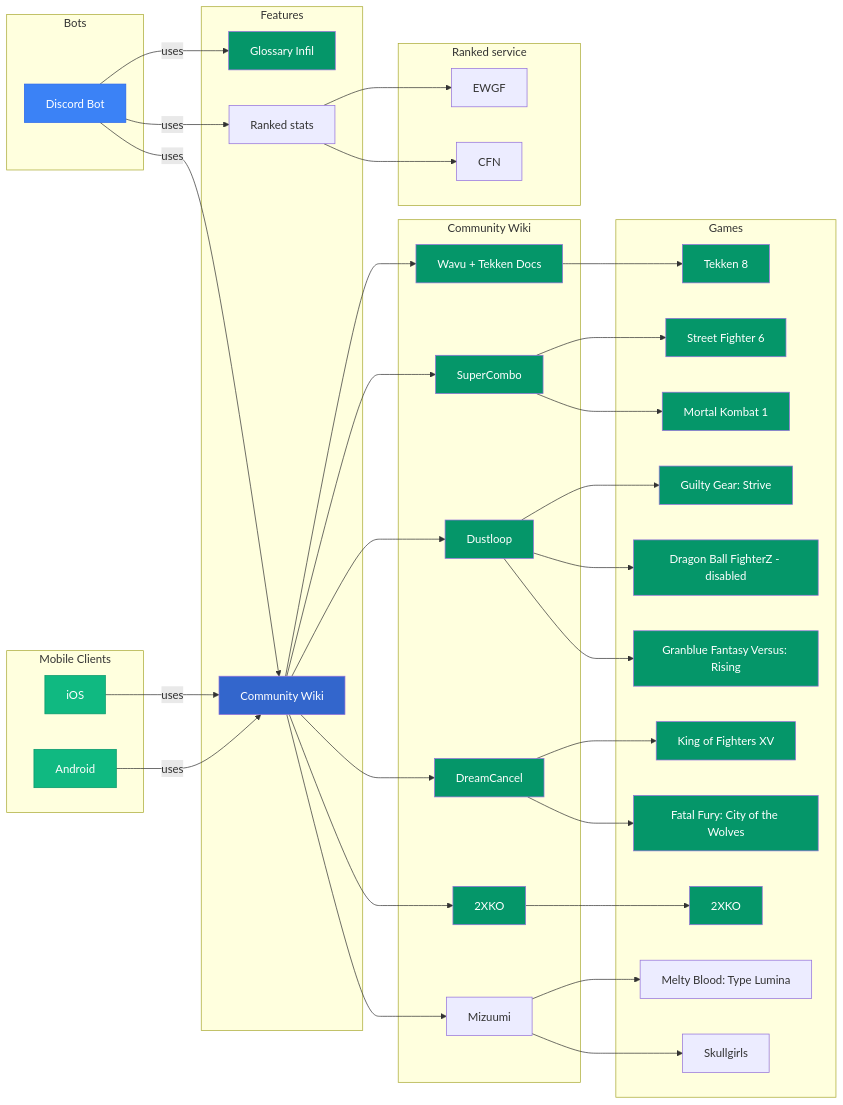
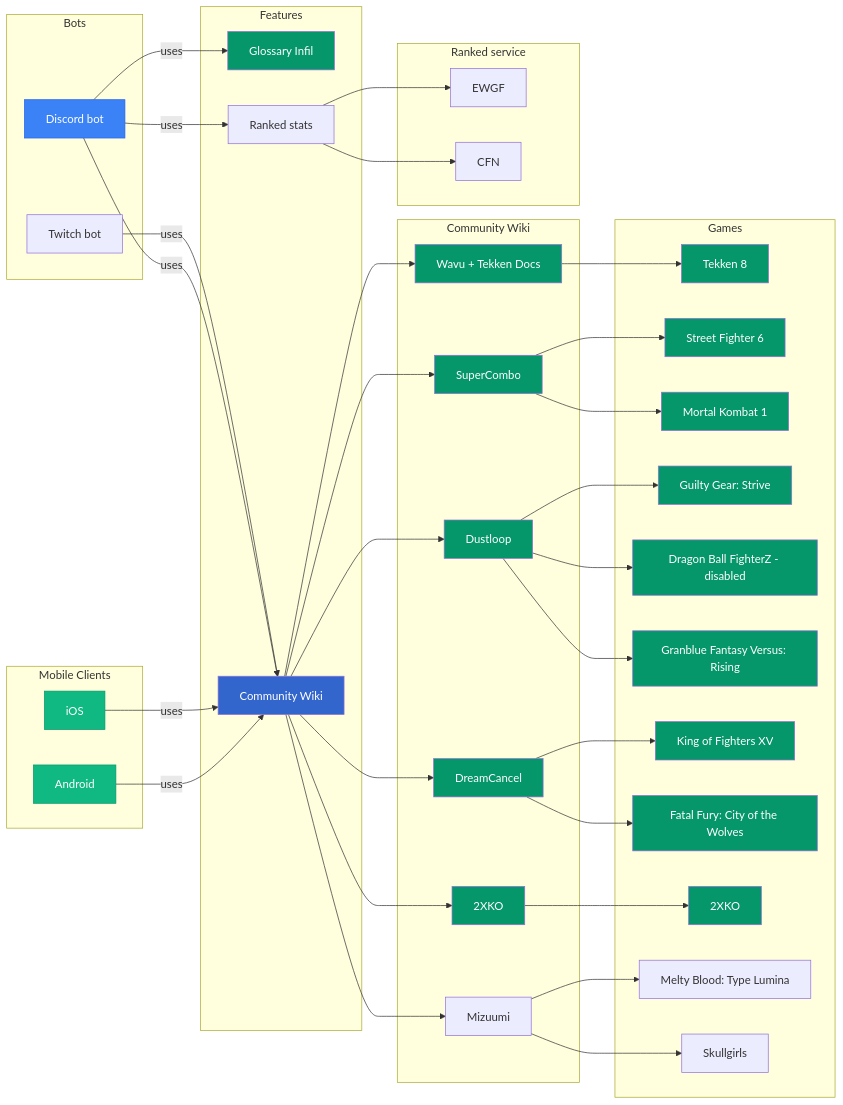
The diagram in mermaid/modules.mmd (Sophon/FightingNerd), drawn with Mermaid before and after one commit. The commit also changed 85 other files, not shown here.

```diff
--- a/mermaid/modules.mmd
+++ b/mermaid/modules.mmd
@@ -1,93 +1,95 @@
 graph LR
     subgraph Bots
-        discordBot[Discord Bot]
+        discordBot[Discord bot]
+        twitchBot[Twitch bot]
     end
 
     subgraph "Mobile Clients"
         android[Android]
         iOS[iOS]
     end
 
     subgraph Features
         glossaryInfil[Glossary Infil]
         communityWiki[Community Wiki]
         elo[Ranked stats]
     end
 
     subgraph Community Wiki
         wikiWavu[Wavu + Tekken Docs]
         supercombo[SuperCombo]
         2xko[2XKO]
         dustloop[Dustloop]
         dreamcancel[DreamCancel]
         mizuumi[Mizuumi]
     end
 
     subgraph Games
         t8[Tekken 8]
         sf6[Street Fighter 6]
         mk1[Mortal Kombat 1]
         ggst[Guilty Gear: Strive]
         dbfz[Dragon Ball FighterZ - disabled]
         gbvsr[Granblue Fantasy Versus: Rising]
         kof15[King of Fighters XV]
         cotw[Fatal Fury: City of the Wolves]
         xko[2XKO]
         melty[Melty Blood: Type Lumina]
         sg[Skullgirls]
     end
 
     subgraph Ranked service
         ewgf[EWGF]
         cfn[CFN]
     end
 
     android -->|uses| communityWiki
     iOS -->|uses| communityWiki
 
     discordBot -->|uses| glossaryInfil
     discordBot -->|uses| communityWiki
     discordBot -->|uses| elo
+    twitchBot -->|uses| communityWiki
 
     communityWiki --> wikiWavu
     communityWiki --> supercombo
     communityWiki --> 2xko
     communityWiki --> dreamcancel
     communityWiki --> dustloop
     communityWiki --> mizuumi
 
     elo --> ewgf
     elo --> cfn
 
     wikiWavu --> t8
     supercombo --> sf6
     supercombo --> mk1
     dustloop --> ggst
     dustloop --> dbfz
     dustloop --> gbvsr
     2xko --> xko
     dreamcancel --> kof15
     dreamcancel --> cotw
     mizuumi --> melty
     mizuumi --> sg
 
 
     style discordBot fill:#3B82F6,stroke:#2563EB, color:#fff
     style android fill:#10B981,stroke:#059669, color:#fff
     style iOS fill:#10B981,stroke:#059669, color:#fff
     style glossaryInfil fill:#059669, color:#fff
     style communityWiki fill:#3366CC, color:#fff
     style wikiWavu fill:#059669, color:#fff
     style supercombo fill:#059669, color:#fff
     style dreamcancel fill:#059669, color:#fff
     style dustloop fill:#059669, color:#fff
     style 2xko fill:#059669, color:#fff
     style t8 fill:#059669, color:#fff
     style sf6 fill:#059669, color:#fff
     style xko fill:#059669, color:#fff
     style kof15 fill:#059669, color:#fff
     style cotw fill:#059669, color:#fff
     style ggst fill:#059669, color:#fff
     style mk1 fill:#059669, color:#fff
     style dbfz fill:#059669, color:#fff
     style gbvsr fill:#059669, color:#fff
```
